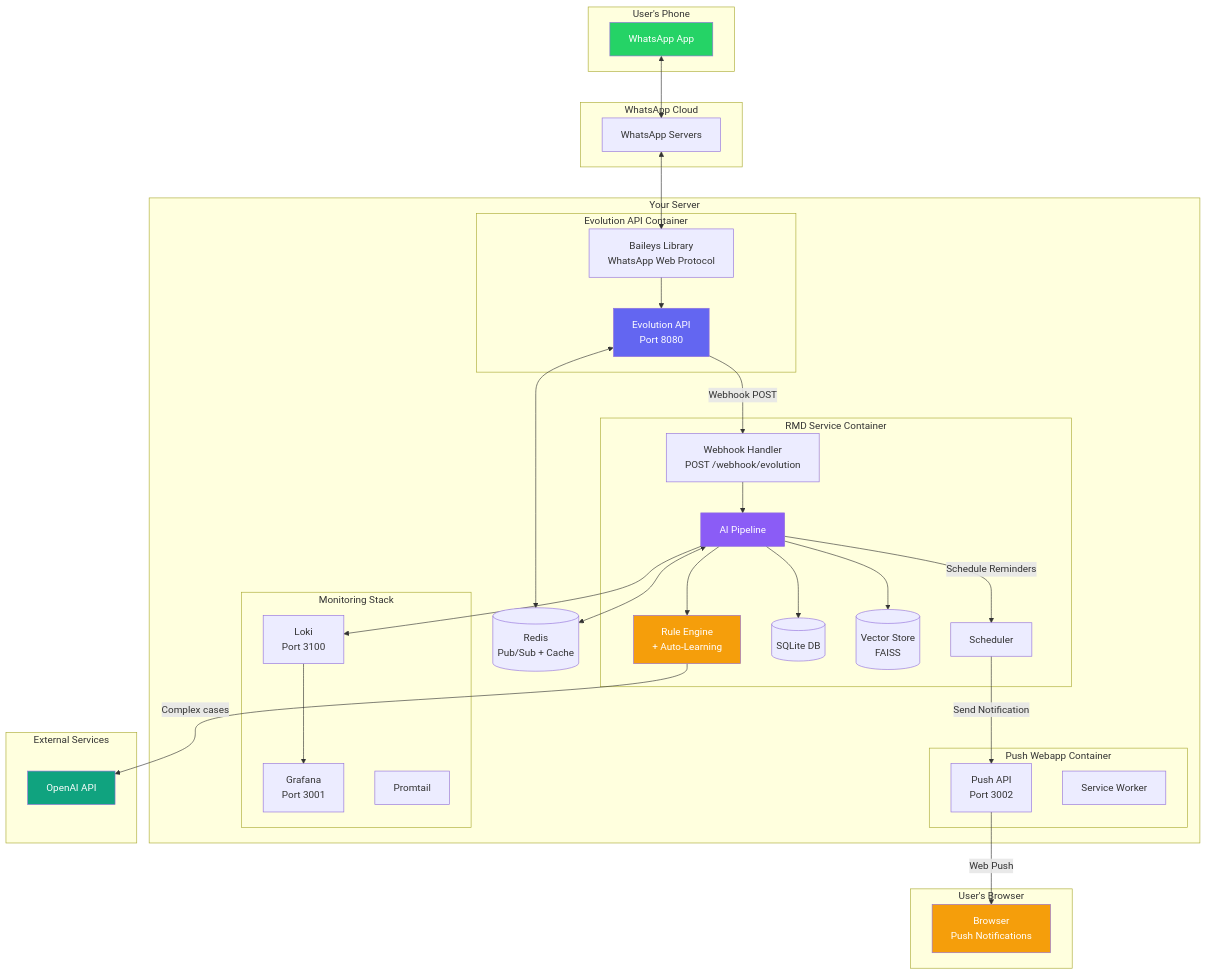
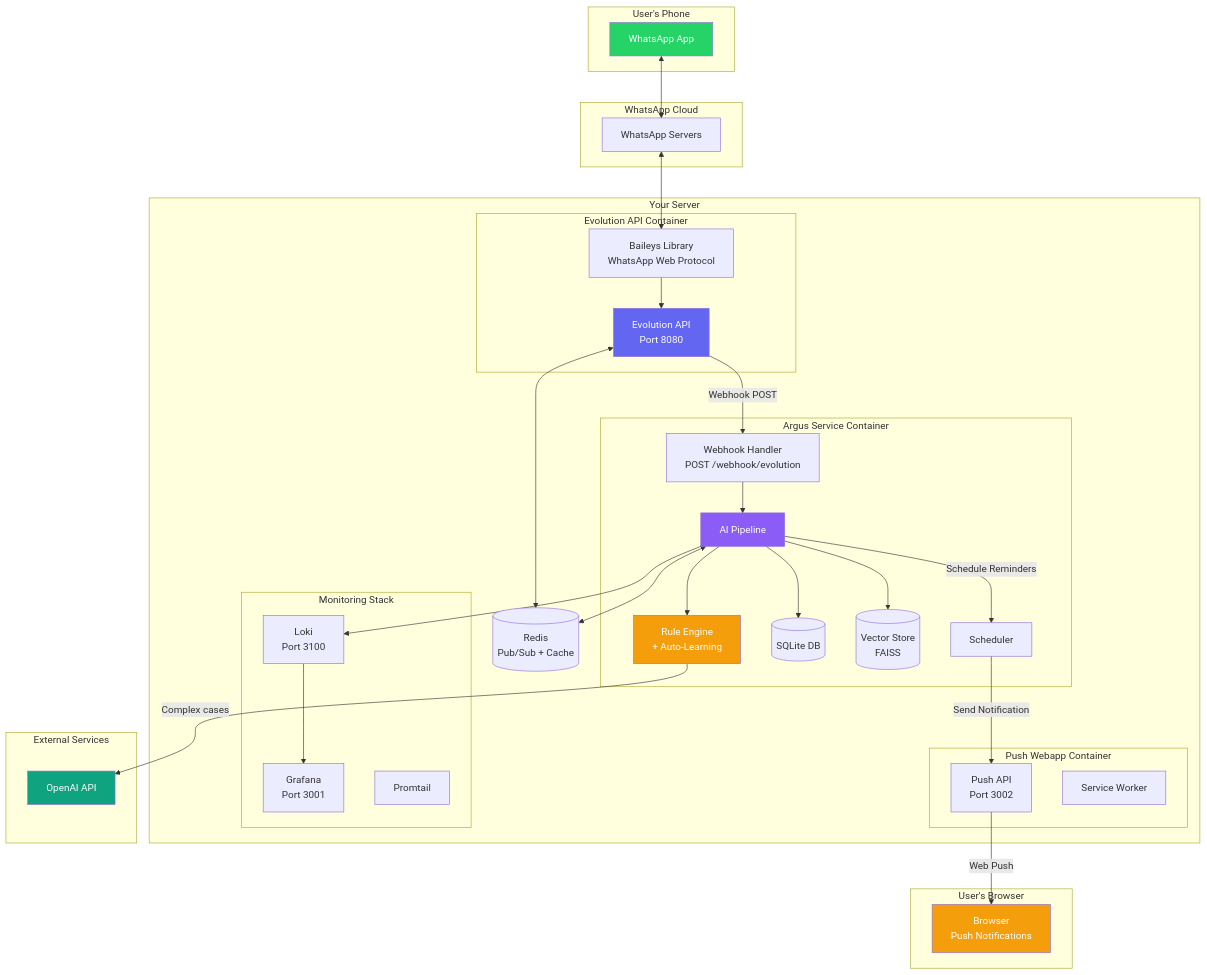
One commit to nityam2007/whatsapp-chat-rmd changed the first of 10 diagrams in docs/ARCHITECTURE.md. Above: the diagram before and after it, drawn with Mermaid. The commit also changed other lines of this file and 15 other files, not shown here.

First line of the commit message:
feat: rebrand to Argus + export architecture diagrams

````diff
--- a/docs/ARCHITECTURE.md
+++ b/docs/ARCHITECTURE.md
@@ -12,72 +12,72 @@
 ```mermaid
 graph TB
     subgraph "User's Phone"
         WA[WhatsApp App]
     end
 
     subgraph "WhatsApp Cloud"
         WAC[WhatsApp Servers]
     end
 
     subgraph "Your Server"
         subgraph "Evolution API Container"
             EVO[Evolution API<br/>Port 8080]
             BAILEYS[Baileys Library<br/>WhatsApp Web Protocol]
         end
 
-        subgraph "RMD Service Container"
+        subgraph "Argus Service Container"
             WEBHOOK[Webhook Handler<br/>POST /webhook/evolution]
             PIPELINE[AI Pipeline]
             RULEENG[Rule Engine<br/>+ Auto-Learning]
             DB[(SQLite DB)]
             VECTOR[(Vector Store<br/>FAISS)]
             SCHEDULER[Scheduler]
         end
 
         subgraph "Push Webapp Container"
             PUSHAPI[Push API<br/>Port 3002]
             SW[Service Worker]
         end
 
         subgraph "Monitoring Stack"
             GRAFANA[Grafana<br/>Port 3001]
             LOKI[Loki<br/>Port 3100]
             PROMTAIL[Promtail]
         end
 
         REDIS[(Redis<br/>Pub/Sub + Cache)]
     end
 
     subgraph "External Services"
         OPENAI[OpenAI API]
     end
 
     subgraph "User's Browser"
         BROWSER[Browser<br/>Push Notifications]
     end
 
     WA <--> WAC
     WAC <--> BAILEYS
     BAILEYS --> EVO
     EVO -->|Webhook POST| WEBHOOK
     WEBHOOK --> PIPELINE
     PIPELINE --> RULEENG
     RULEENG -->|Complex cases| OPENAI
     PIPELINE --> DB
     PIPELINE --> VECTOR
     PIPELINE -->|Schedule Reminders| SCHEDULER
     SCHEDULER -->|Send Notification| PUSHAPI
     PUSHAPI -->|Web Push| BROWSER
     
     EVO <--> REDIS
     PIPELINE <--> REDIS
     PIPELINE --> LOKI
     LOKI --> GRAFANA
 
     style WA fill:#25D366,color:#fff
     style EVO fill:#6366f1,color:#fff
     style PIPELINE fill:#8b5cf6,color:#fff
     style RULEENG fill:#f59e0b,color:#fff
     style OPENAI fill:#10a37f,color:#fff
     style BROWSER fill:#f59e0b,color:#fff
 ```
````
